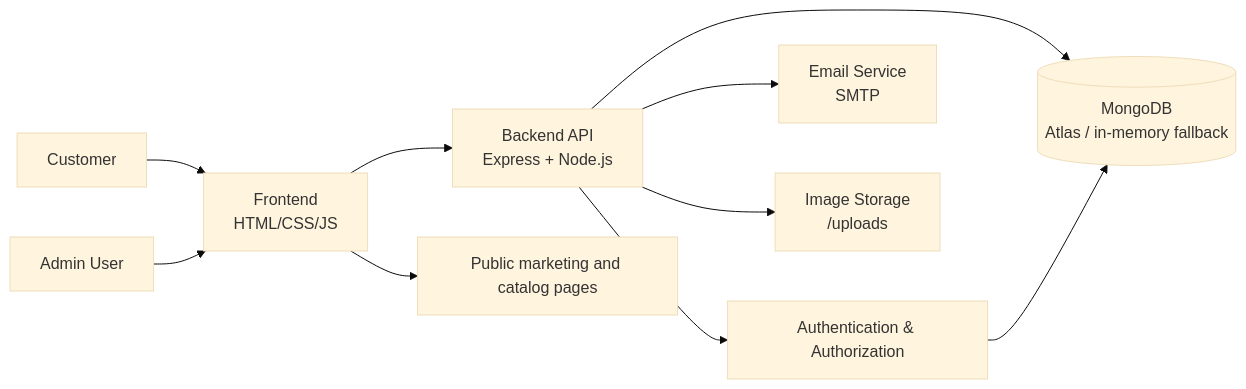
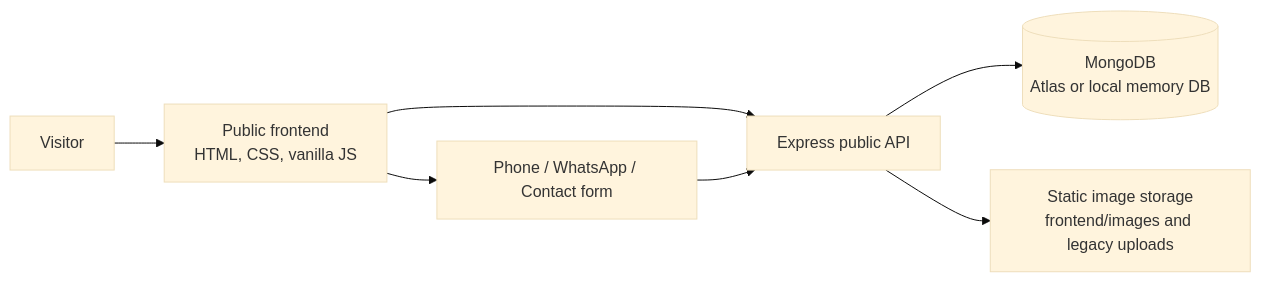
One commit to ecolithenergyi-lab/EcoLithEnergy changed the diagram in Architecture.md. Above: the diagram before and after it, drawn with Mermaid (base theme). The commit also changed other lines of this file and 60 other files, not shown here.

````diff
--- a/Architecture.md
+++ b/Architecture.md
@@ -314,12 +98,9 @@
 ```mermaid
 flowchart LR
-    C[Customer] --> F[Frontend\nHTML/CSS/JS]
-    A[Admin User] --> F
-    F --> B[Backend API\nExpress + Node.js]
-    B --> A1[Authentication & Authorization]
-    B --> M[(MongoDB\nAtlas / in-memory fallback)]
-    B --> E[Email Service\nSMTP]
-    B --> U[Image Storage\n/uploads]
-    A1 --> M
-    F --> P[Public marketing and catalog pages]
+    V[Visitor] --> F[Public frontend<br/>HTML, CSS, vanilla JS]
+    F --> API[Express public API]
+    API --> DB[(MongoDB<br/>Atlas or local memory DB)]
+    API --> IS[Static image storage<br/>frontend/images and legacy uploads]
+    F --> Contact[Phone / WhatsApp / Contact form]
+    Contact --> API
 ```
````
